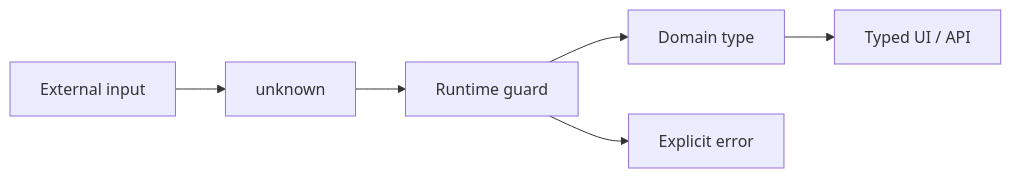
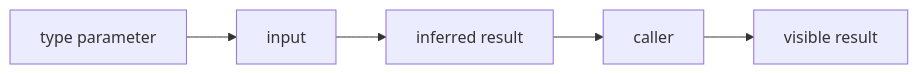
One commit to SobralCybersec/Portifolio changed the fifth of 21 diagrams in docs/typescript.md. Above: the diagram before and after it, drawn with Mermaid. The commit also changed other lines of this file and 142 other files, not shown here.

````diff
--- a/docs/typescript.md
+++ b/docs/typescript.md
@@ -47,8 +270,7 @@
 ```mermaid
 flowchart LR
-    INPUT[External input] --> UNKNOWN[unknown]
-    UNKNOWN --> GUARD[Runtime guard]
-    GUARD --> DOMAIN[Domain type]
-    DOMAIN --> UI[Typed UI / API]
-    GUARD --> ERROR[Explicit error]
+    A[type parameter] --> B[input]
+    B --> C[inferred result]
+    C --> D[caller]
+    D --> E[visible result]
 ```
````
